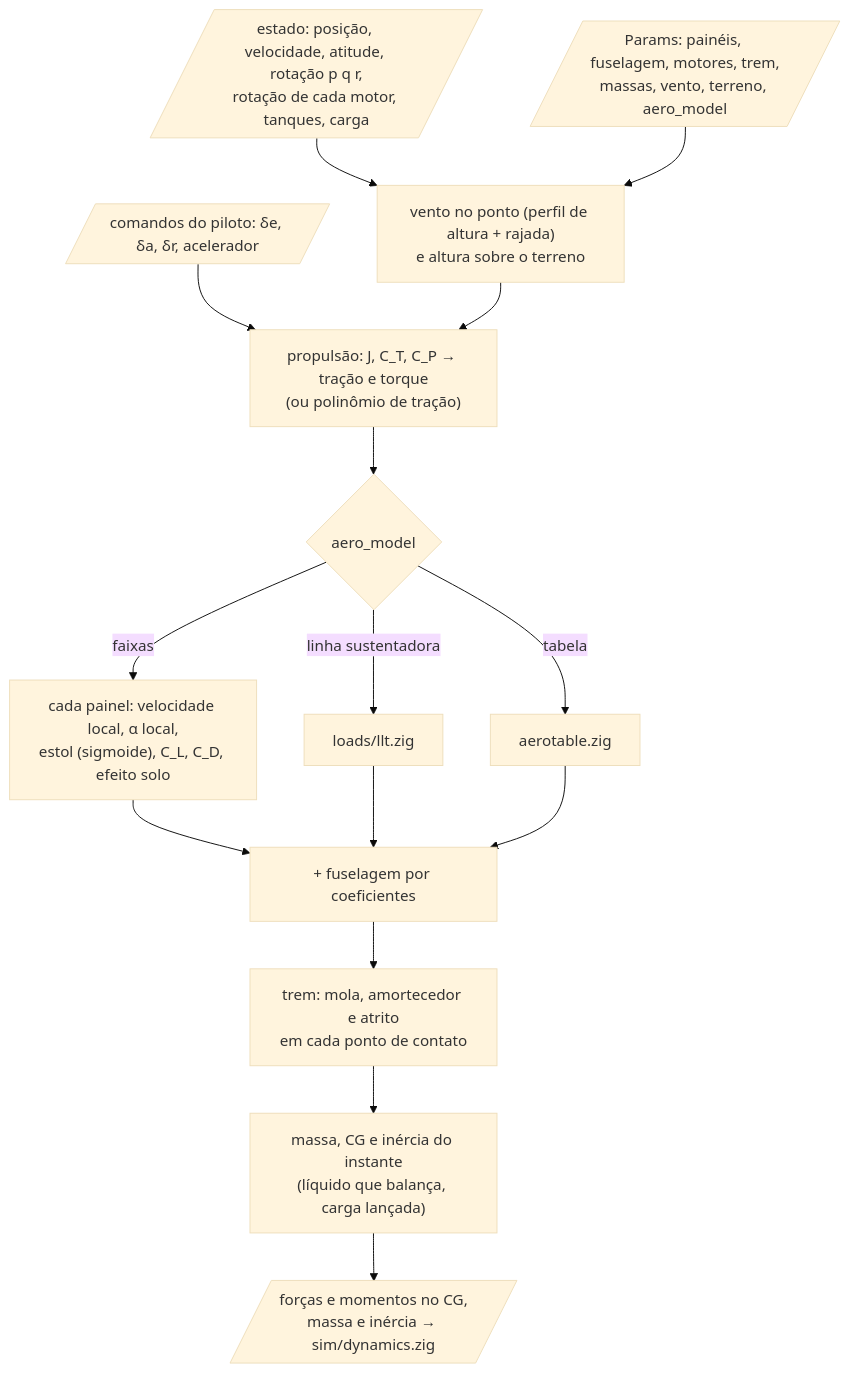
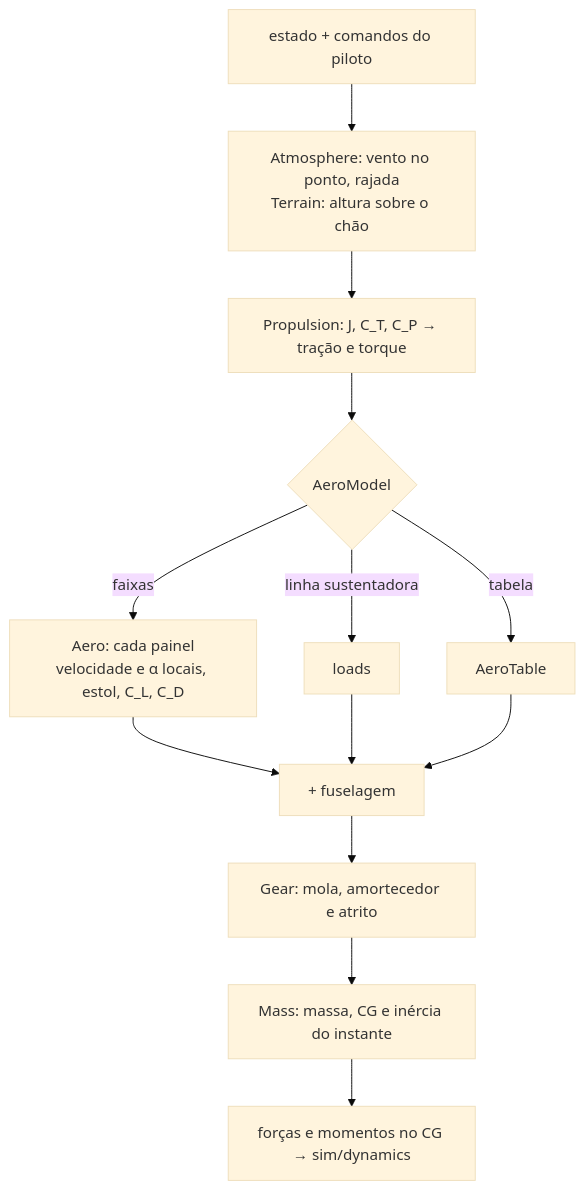
The diagram in core/src/physics/README.md (vitordallolivo/AircraftSimulation), drawn with Mermaid (base theme) before and after one commit. The commit also changed other lines of this file, not shown here.

````diff
--- a/core/src/physics/README.md
+++ b/core/src/physics/README.md
@@ -30,17 +14,13 @@
 ```mermaid
-flowchart TD
-    S[/"estado: posição, velocidade, atitude, rotação p q r,<br/>rotação de cada motor, tanques, carga"/] --> W
-    PA[/"Params: painéis, fuselagem, motores, trem,<br/>massas, vento, terreno, aero_model"/] --> W
-    U[/"comandos do piloto: δe, δa, δr, acelerador"/] --> PR
-    W["vento no ponto (perfil de altura + rajada)<br/>e altura sobre o terreno"] --> PR
-    PR["propulsão: J, C_T, C_P → tração e torque<br/>(ou polinômio de tração)"] --> AE
-    AE{"aero_model"} -->|"faixas"| FX["cada painel: velocidade local, α local,<br/>estol (sigmoide), C_L, C_D, efeito solo"]
-    AE -->|"linha sustentadora"| LLT["loads/llt.zig"]
-    AE -->|"tabela"| TB["aerotable.zig"]
-    FX --> FU["+ fuselagem por coeficientes"]
-    LLT --> FU
-    TB --> FU
-    FU --> GE["trem: mola, amortecedor e atrito<br/>em cada ponto de contato"]
-    GE --> MA["massa, CG e inércia do instante<br/>(líquido que balança, carga lançada)"]
-    MA --> OUT[/"forças e momentos no CG,<br/>massa e inércia → sim/dynamics.zig"/]
+flowchart TB
+    S["estado + comandos do piloto"] --> W["Atmosphere: vento no ponto, rajada<br/>Terrain: altura sobre o chão"]
+    W --> PR["Propulsion: J, C_T, C_P → tração e torque"]
+    PR --> AE{"AeroModel"}
+    AE -->|"faixas"| FX["Aero: cada painel<br/>velocidade e α locais, estol, C_L, C_D"]
+    AE -->|"linha sustentadora"| LLT["loads"]
+    AE -->|"tabela"| TB["AeroTable"]
+    FX & LLT & TB --> FU["+ fuselagem"]
+    FU --> GE["Gear: mola, amortecedor e atrito"]
+    GE --> MA["Mass: massa, CG e inércia do instante"]
+    MA --> OUT["forças e momentos no CG → sim/dynamics"]
 ```
````
